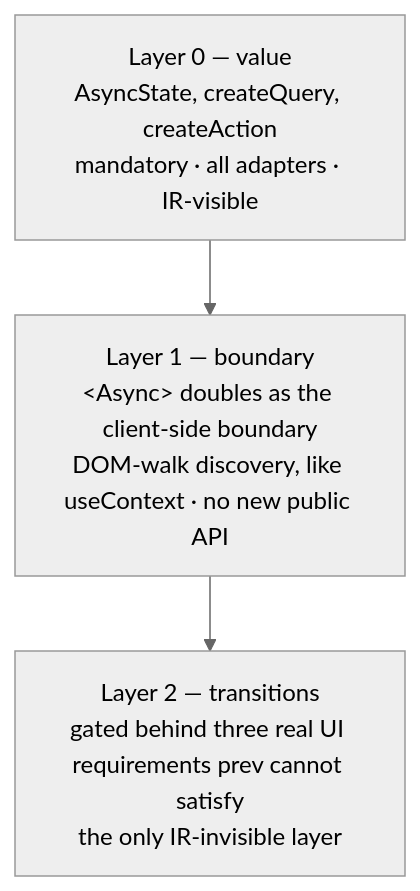
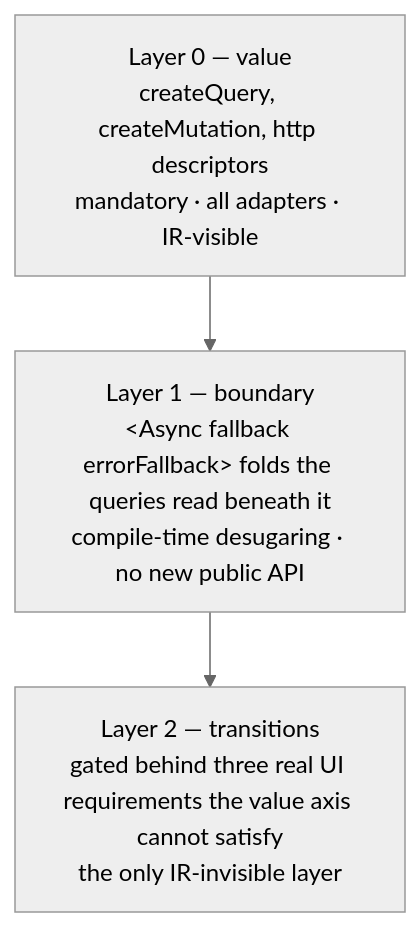
One commit to piconic-ai/barefootjs changed the fifth of 5 diagrams in spec/async.md. Above: the diagram before and after it, drawn with Mermaid (neutral theme). The commit also changed other lines of this file and 2 other files, not shown here.

````diff
--- a/spec/async.md
+++ b/spec/async.md
@@ -130,7 +142,7 @@
 ```mermaid
 graph TD
-  L0["Layer 0 — value<br/>AsyncState, createQuery, createAction<br/>mandatory · all adapters · IR-visible"]
-  L1["Layer 1 — boundary<br/>&lt;Async&gt; doubles as the client-side boundary<br/>DOM-walk discovery, like useContext · no new public API"]
-  L2["Layer 2 — transitions<br/>gated behind three real UI requirements prev cannot satisfy<br/>the only IR-invisible layer"]
+  L0["Layer 0 — value<br/>createQuery, createMutation, http descriptors<br/>mandatory · all adapters · IR-visible"]
+  L1["Layer 1 — boundary<br/>&lt;Async fallback errorFallback&gt; folds the queries read beneath it<br/>compile-time desugaring · no new public API"]
+  L2["Layer 2 — transitions<br/>gated behind three real UI requirements the value axis cannot satisfy<br/>the only IR-invisible layer"]
   L0 --> L1 --> L2
 ```
````
